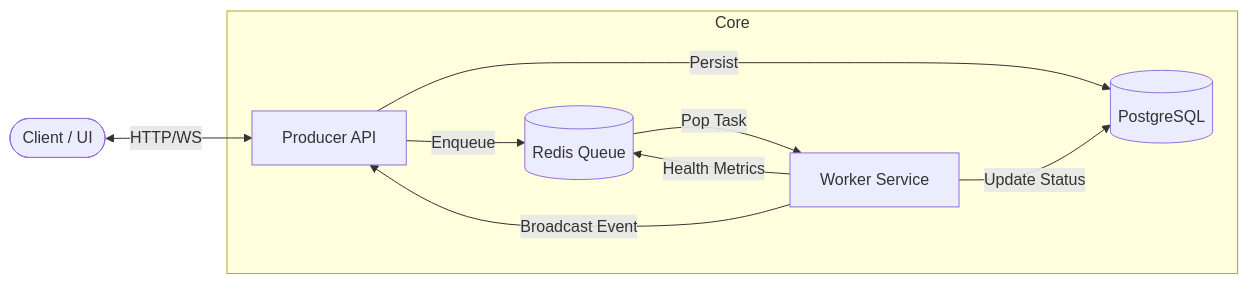
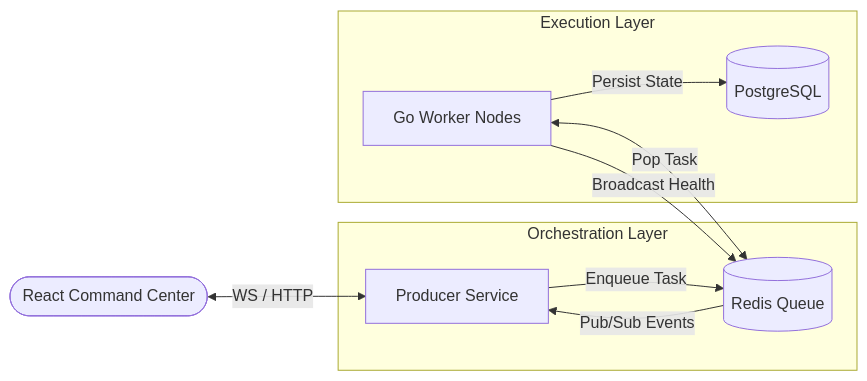
The diagram in README.md (YehiaGewily/Agent-Mesh), drawn with Mermaid before and after one commit. The commit also changed other lines of this file and 19 other files, not shown here.

````diff
--- a/README.md
+++ b/README.md
@@ -21,15 +42,15 @@
 ```mermaid
 flowchart LR
-    Client([Client / UI]) <-->|HTTP/WS| Producer[Producer API]
+    Client([React Command Center]) <-->|WS / HTTP| Producer[Producer Service]
     
-    subgraph Core
-        Producer -->|Enqueue| Redis[(Redis Queue)]
-        Producer -->|Persist| DB[(PostgreSQL)]
-        
-        Redis -->|Pop Task| Worker[Worker Service]
-        Worker -->|Update Status| DB
-        Worker -->|Health Metrics| Redis
+    subgraph "Orchestration Layer"
+        Producer -->|Enqueue Task| Redis[(Redis Queue)]
+        Redis -->|Pub/Sub Events| Producer
     end
     
-    Worker -->|Broadcast Event| Producer
+    subgraph "Execution Layer"
+        Worker[Go Worker Nodes] <-->|Pop Task| Redis
+        Worker -->|Persist State| DB[(PostgreSQL)]
+        Worker -->|Broadcast Health| Redis
+    end
 ```
````
